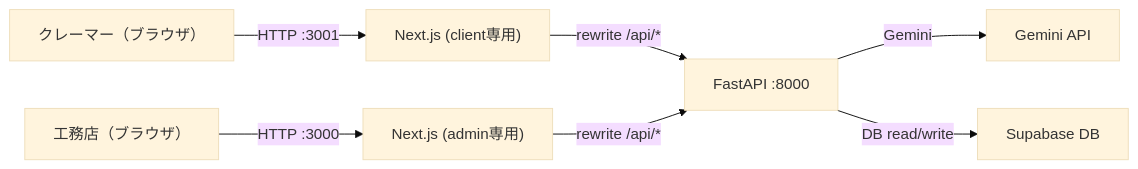
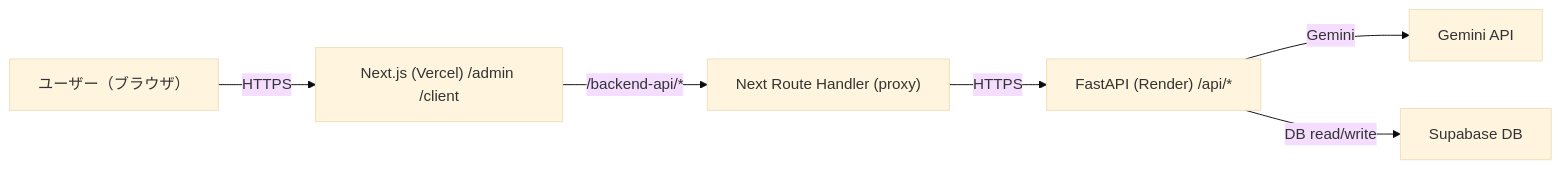
Before and after one commit to Uzy03/Hackathon_2026-3-7: the first of 5 diagrams in _docs/実装状況.md, drawn with Mermaid (base theme). The commit also changed other lines of this file and 1 other file, not shown here.

````diff
--- a/_docs/実装状況.md
+++ b/_docs/実装状況.md
@@ -7,9 +7,8 @@
 ```mermaid
 flowchart LR
-  AU["工務店（ブラウザ）"] -->|HTTP :3000| FE2["Next.js (admin専用)"]
-  CU["クレーマー（ブラウザ）"] -->|HTTP :3001| FE1["Next.js (client専用)"]
-  FE1 -->|rewrite /api/*| BE["FastAPI :8000"]
-  FE2 -->|rewrite /api/*| BE
+  U["ユーザー（ブラウザ）"] -->|HTTPS| FE["Next.js (Vercel) /admin /client"]
+  FE -->|/backend-api/*| Proxy["Next Route Handler (proxy)"]
+  Proxy -->|HTTPS| BE["FastAPI (Render) /api/*"]
   BE -->|Gemini| GM["Gemini API"]
   BE -->|DB read/write| DB["Supabase DB"]
 ```
````
